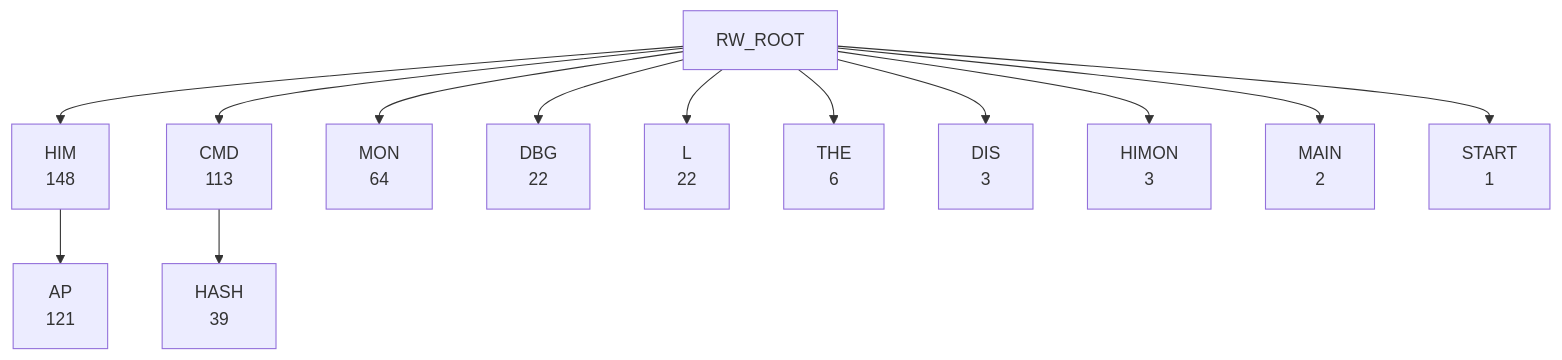
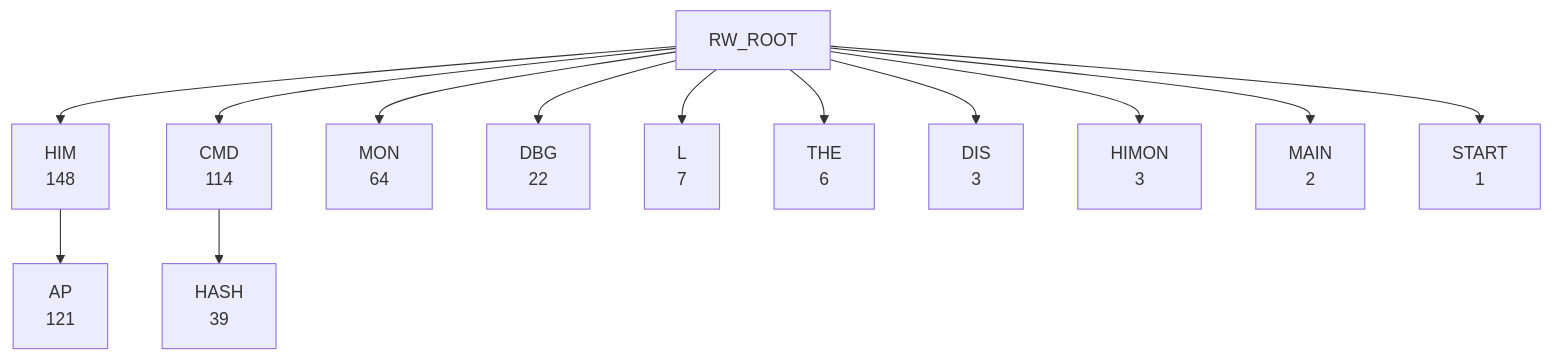
Before and after one commit to 95westus/R-YORS: the second of 8 diagrams in DOC/GENERATED/ROUTINE_WORD_TREE.md, drawn with Mermaid. The commit also changed other lines of this file and 94 other files, not shown here.

````diff
--- a/DOC/GENERATED/ROUTINE_WORD_TREE.md
+++ b/DOC/GENERATED/ROUTINE_WORD_TREE.md
@@ -29,15 +29,15 @@
 ```mermaid
 flowchart TD
     RW_ROOT --> RW_HIM["HIM<br/>148"]
-    RW_ROOT --> RW_CMD["CMD<br/>113"]
+    RW_ROOT --> RW_CMD["CMD<br/>114"]
     RW_ROOT --> RW_MON["MON<br/>64"]
     RW_ROOT --> RW_DBG["DBG<br/>22"]
-    RW_ROOT --> RW_L["L<br/>22"]
+    RW_ROOT --> RW_L["L<br/>7"]
     RW_ROOT --> RW_THE["THE<br/>6"]
     RW_ROOT --> RW_DIS["DIS<br/>3"]
     RW_ROOT --> RW_HIMON["HIMON<br/>3"]
     RW_ROOT --> RW_MAIN["MAIN<br/>2"]
     RW_ROOT --> RW_START["START<br/>1"]
     RW_HIM --> RW_HIM_AP["AP<br/>121"]
     RW_CMD --> RW_CMD_HASH["HASH<br/>39"]
 ```
````
